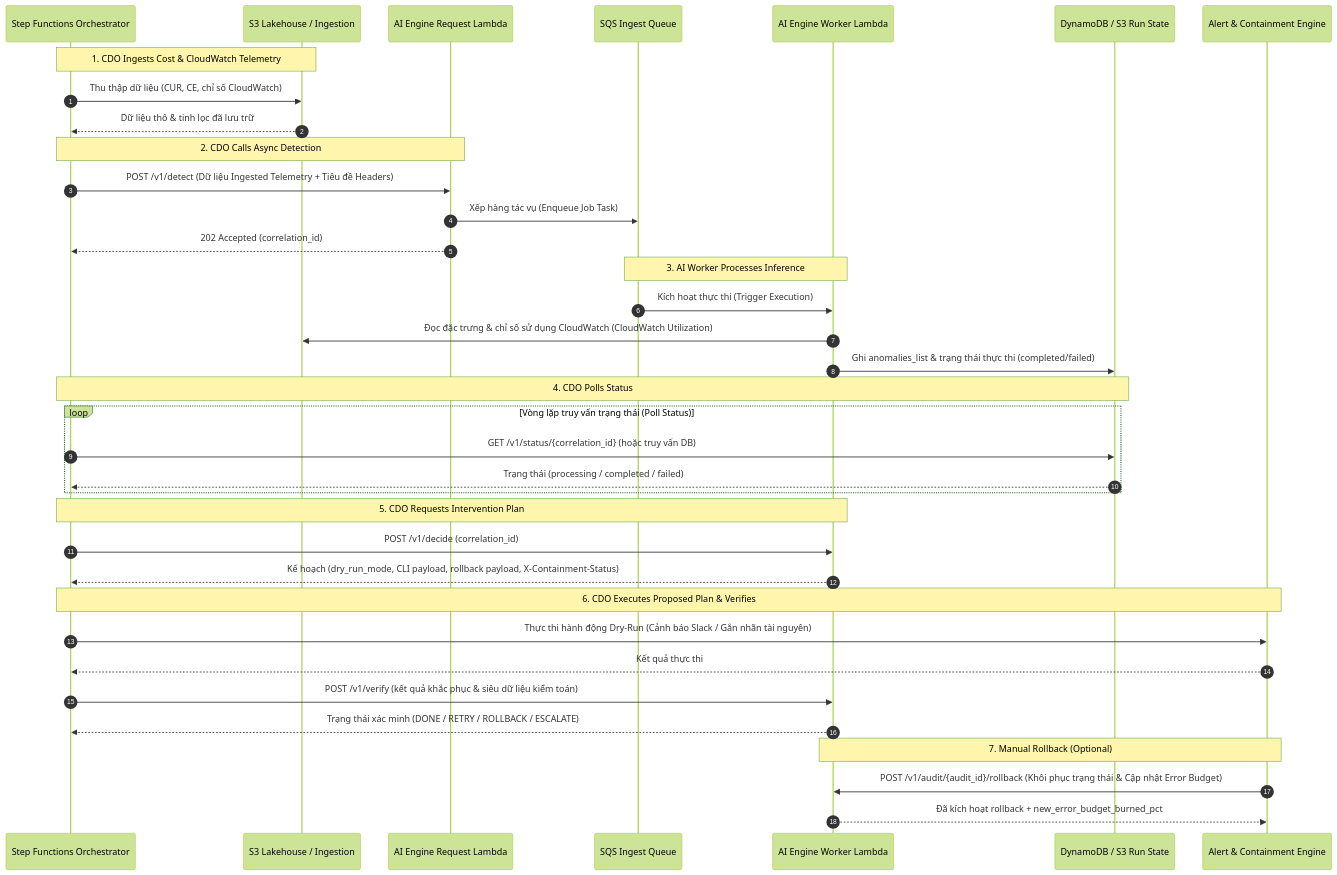
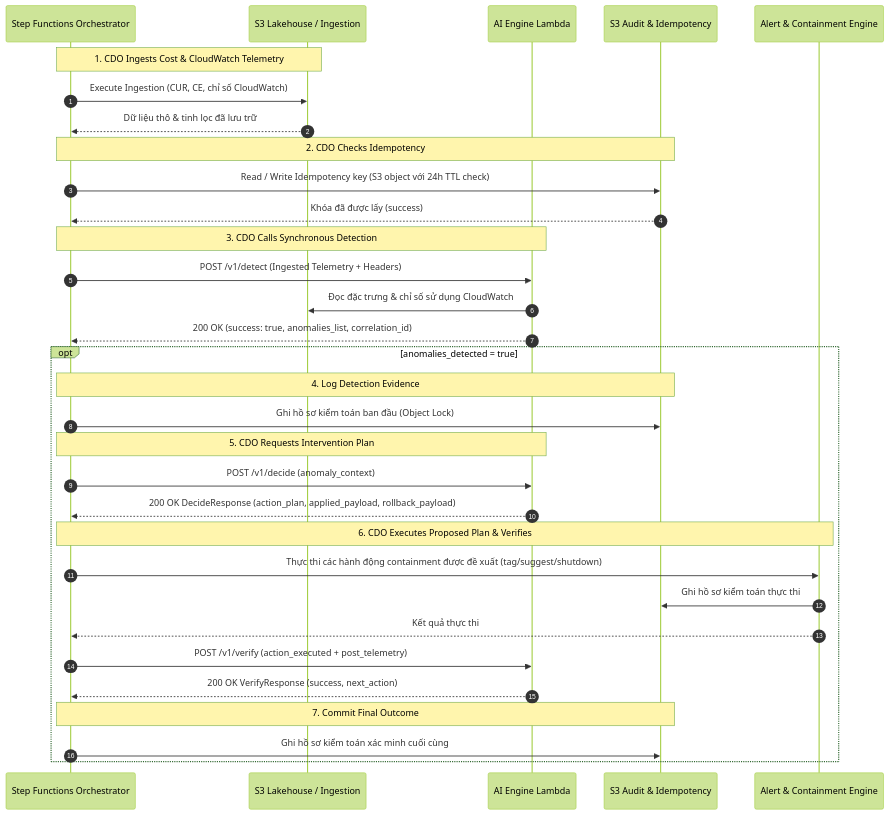
The sixth of 6 diagrams in docs/tf2-finops/02_infra_design_vi.md (hungxqt/tf2-finops-docs), drawn with Mermaid (forest theme) before and after one commit. The commit also changed other lines of this file and 21 other files, not shown here.

````diff
--- a/docs/tf2-finops/02_infra_design_vi.md
+++ b/docs/tf2-finops/02_infra_design_vi.md
@@ -286,45 +264,42 @@
 ```mermaid
 sequenceDiagram
     autonumber
     participant SF as Step Functions Orchestrator
     participant Lake as S3 Lakehouse / Ingestion
-    participant Req as AI Engine Request Lambda
-    participant SQS as SQS Ingest Queue
-    participant Wrk as AI Engine Worker Lambda
-    participant DDB as DynamoDB / S3 Run State
+    participant AI as AI Engine Lambda
+    participant S3 as S3 Audit & Idempotency
     participant Cont as Alert & Containment Engine
 
     Note over SF, Lake: 1. CDO Ingests Cost & CloudWatch Telemetry
-    SF->>Lake: Thu thập dữ liệu (CUR, CE, chỉ số CloudWatch)
+    SF->>Lake: Execute Ingestion (CUR, CE, chỉ số CloudWatch)
     Lake-->>SF: Dữ liệu thô & tinh lọc đã lưu trữ
     
-    Note over SF, Req: 2. CDO Calls Async Detection
-    SF->>Req: POST /v1/detect (Dữ liệu Ingested Telemetry + Tiêu đề Headers)
-    Req->>SQS: Xếp hàng tác vụ (Enqueue Job Task)
-    Req-->>SF: 202 Accepted (correlation_id)
+    Note over SF, S3: 2. CDO Checks Idempotency
+    SF->>S3: Read / Write Idempotency key (S3 object với 24h TTL check)
+    S3-->>SF: Khóa đã được lấy (success)
     
-    Note over SQS, Wrk: 3. AI Worker Processes Inference
-    SQS->>Wrk: Kích hoạt thực thi (Trigger Execution)
-    Wrk->>Lake: Đọc đặc trưng & chỉ số sử dụng CloudWatch (CloudWatch Utilization)
-    Wrk->>DDB: Ghi anomalies_list & trạng thái thực thi (completed/failed)
+    Note over SF, AI: 3. CDO Calls Synchronous Detection
+    SF->>AI: POST /v1/detect (Ingested Telemetry + Headers)
+    AI->>Lake: Đọc đặc trưng & chỉ số sử dụng CloudWatch
+    AI-->>SF: 200 OK (success: true, anomalies_list, correlation_id)
     
-    Note over SF, DDB: 4. CDO Polls Status
-    loop Vòng lặp truy vấn trạng thái (Poll Status)
-        SF->>DDB: GET /v1/status/{correlation_id} (hoặc truy vấn DB)
-        DDB-->>SF: Trạng thái (processing / completed / failed)
+    opt anomalies_detected = true
+        Note over SF, S3: 4. Log Detection Evidence
+        SF->>S3: Ghi hồ sơ kiểm toán ban đầu (Object Lock)
+        
+        Note over SF, AI: 5. CDO Requests Intervention Plan
+        SF->>AI: POST /v1/decide (anomaly_context)
+        AI-->>SF: 200 OK DecideResponse (action_plan, applied_payload, rollback_payload)
+        
+        Note over SF, Cont: 6. CDO Executes Proposed Plan & Verifies
+        SF->>Cont: Thực thi các hành động containment được đề xuất (tag/suggest/shutdown)
+        Cont->>S3: Ghi hồ sơ kiểm toán thực thi
+        Cont-->>SF: Kết quả thực thi
+        
+        SF->>AI: POST /v1/verify (action_executed + post_telemetry)
+        AI-->>SF: 200 OK VerifyResponse (success, next_action)
+        
+        Note over SF, S3: 7. Commit Final Outcome
+        SF->>S3: Ghi hồ sơ kiểm toán xác minh cuối cùng
     end
-    
-    Note over SF, Wrk: 5. CDO Requests Intervention Plan
-    SF->>Wrk: POST /v1/decide (correlation_id)
-    Wrk-->>SF: Kế hoạch (dry_run_mode, CLI payload, rollback payload, X-Containment-Status)
-    
-    Note over SF, Cont: 6. CDO Executes Proposed Plan & Verifies
-    SF->>Cont: Thực thi hành động Dry-Run (Cảnh báo Slack / Gắn nhãn tài nguyên)
-    Cont-->>SF: Kết quả thực thi
-    SF->>Wrk: POST /v1/verify (kết quả khắc phục & siêu dữ liệu kiểm toán)
-    Wrk-->>SF: Trạng thái xác minh (DONE / RETRY / ROLLBACK / ESCALATE)
-    
-    Note over Cont, Wrk: 7. Manual Rollback (Optional)
-    Cont->>Wrk: POST /v1/audit/{audit_id}/rollback (Khôi phục trạng thái & Cập nhật Error Budget)
-    Wrk-->>Cont: Đã kích hoạt rollback + new_error_budget_burned_pct
 ```
````
